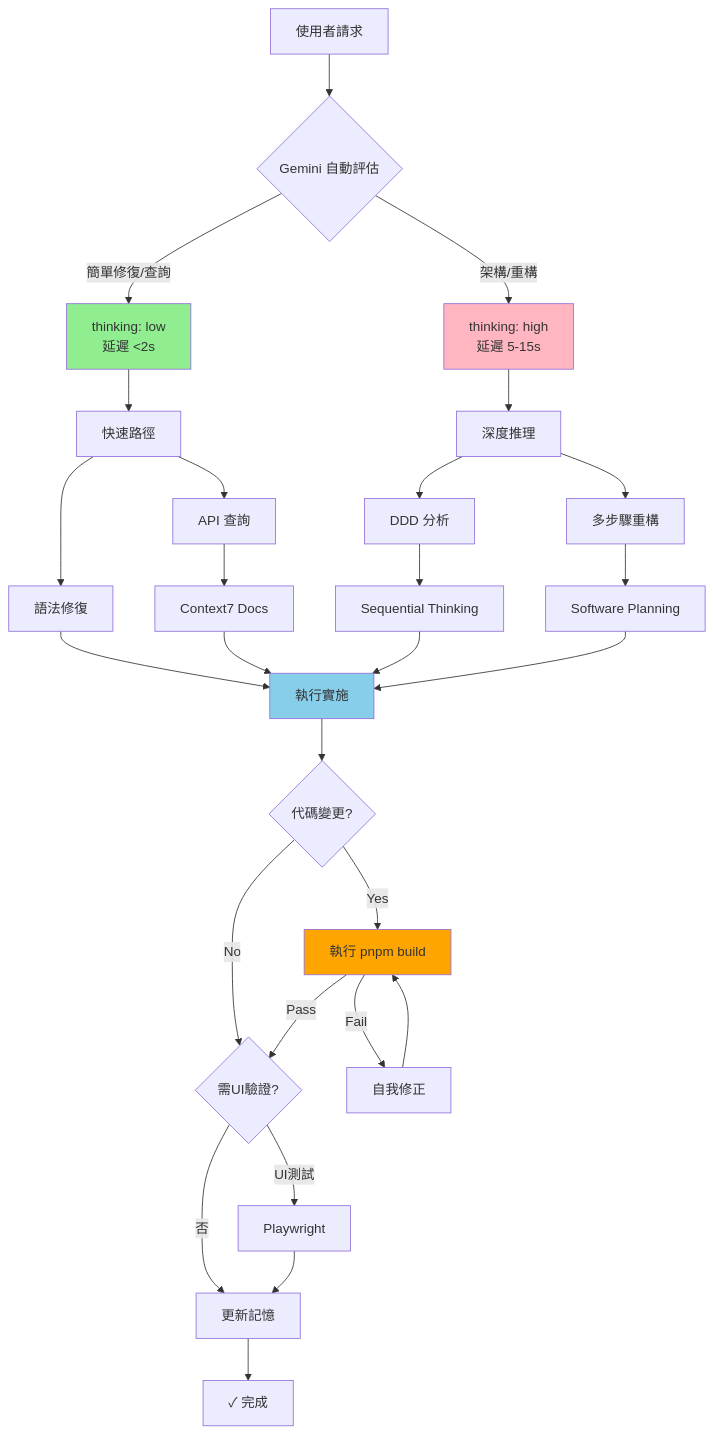
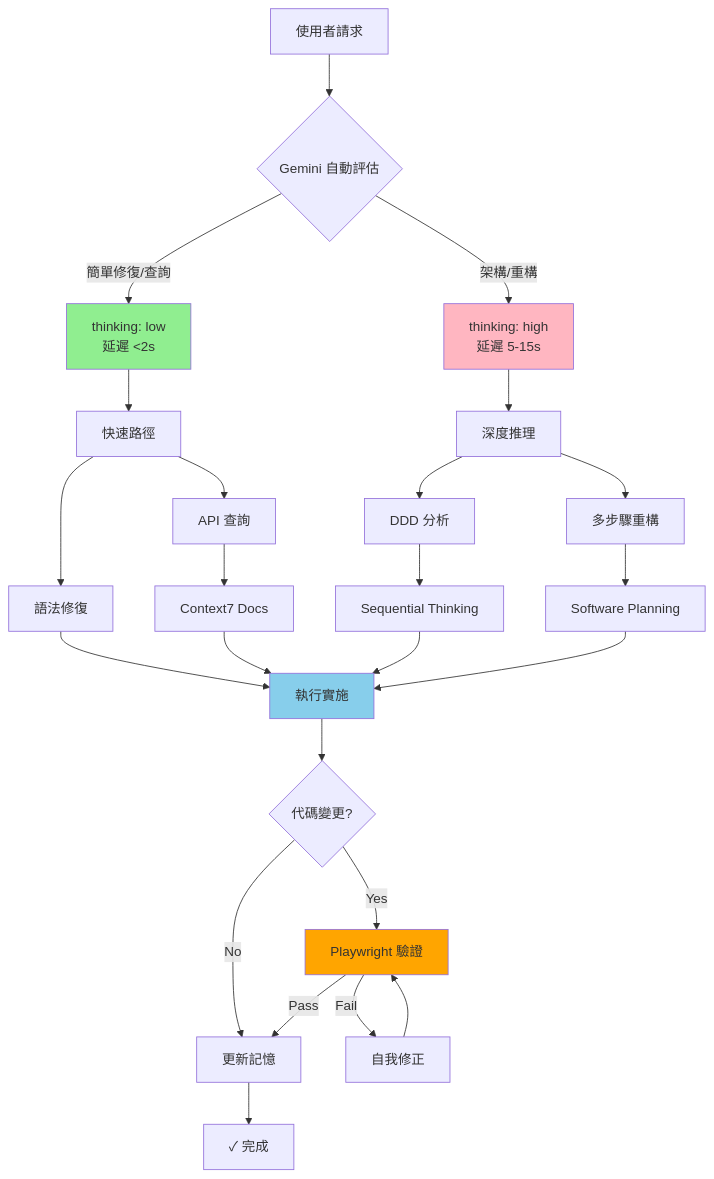
One commit to 7Spade/Black-Tortoise changed the first of 2 diagrams in .github/agents/Gemini-3-Pro-v54_EN-specialized.agent.md. Above: the diagram before and after it, drawn with Mermaid. The commit also changed other lines of this file, not shown here.

Commit message:
feat: 更新自動化驗證協議，強制使用 Playwright 進行 E2E 測試

````diff
--- a/.github/agents/Gemini-3-Pro-v54_EN-specialized.agent.md
+++ b/.github/agents/Gemini-3-Pro-v54_EN-specialized.agent.md
@@ -60,42 +60,39 @@
 ```mermaid
 graph TB
     Input[使用者請求] --> Auto{Gemini 自動評估}
     
     Auto -->|簡單修復/查詢| Low[thinking: low<br/>延遲 <2s]
     Auto -->|架構/重構| High[thinking: high<br/>延遲 5-15s]
     
     Low --> FastPath[快速路徑]
     High --> DeepPath[深度推理]
     
     FastPath --> T1[語法修復]
     FastPath --> T2[API 查詢]
     DeepPath --> T3[DDD 分析]
     DeepPath --> T4[多步驟重構]
     
     T1 --> Execute
     T2 --> Context7[Context7 Docs]
     T3 --> Sequential[Sequential Thinking]
     T4 --> Planning[Software Planning]
     
     Context7 --> Execute[執行實施]
     Sequential --> Execute
     Planning --> Execute
     
     Execute --> IsCodeChange{代碼變更?}
-    IsCodeChange -->|Yes| BuildCheck[執行 pnpm build]
-    IsCodeChange -->|No| Validate
+    IsCodeChange -->|Yes| Playwright[Playwright 驗證]
+    IsCodeChange -->|No| Memory
     
-    BuildCheck -->|Fail| AutoFix[自我修正]
-    AutoFix --> BuildCheck
-    BuildCheck -->|Pass| Validate{需UI驗證?}
+    Playwright -->|Fail| AutoFix[自我修正]
+    AutoFix --> Playwright
+    Playwright -->|Pass| Memory[更新記憶]
     
-    Validate -->|UI測試| Playwright
-    Validate -->|否| Memory[更新記憶]
-    Playwright --> Memory
     Memory --> Done[✓ 完成]
     
     style Low fill:#90EE90
     style High fill:#FFB6C1
     style Execute fill:#87CEEB
-    style BuildCheck fill:#FFA500
+    style Playwright fill:#FFA500
 ```
````
